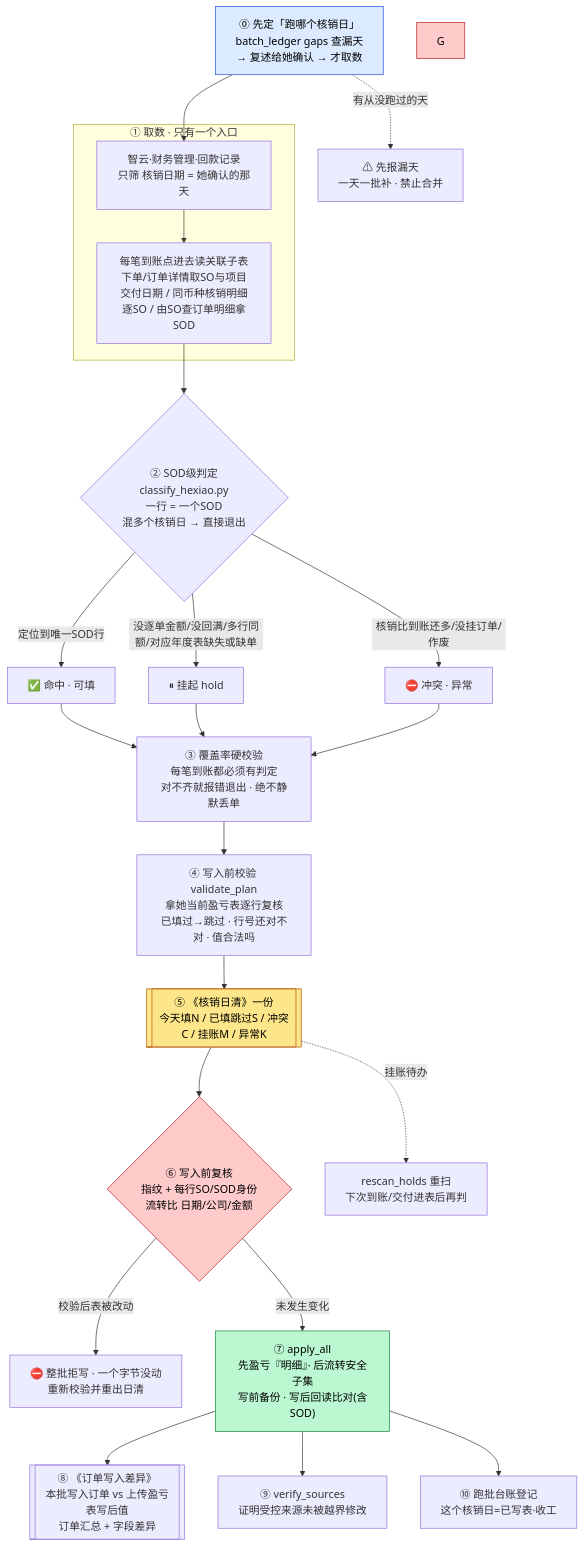
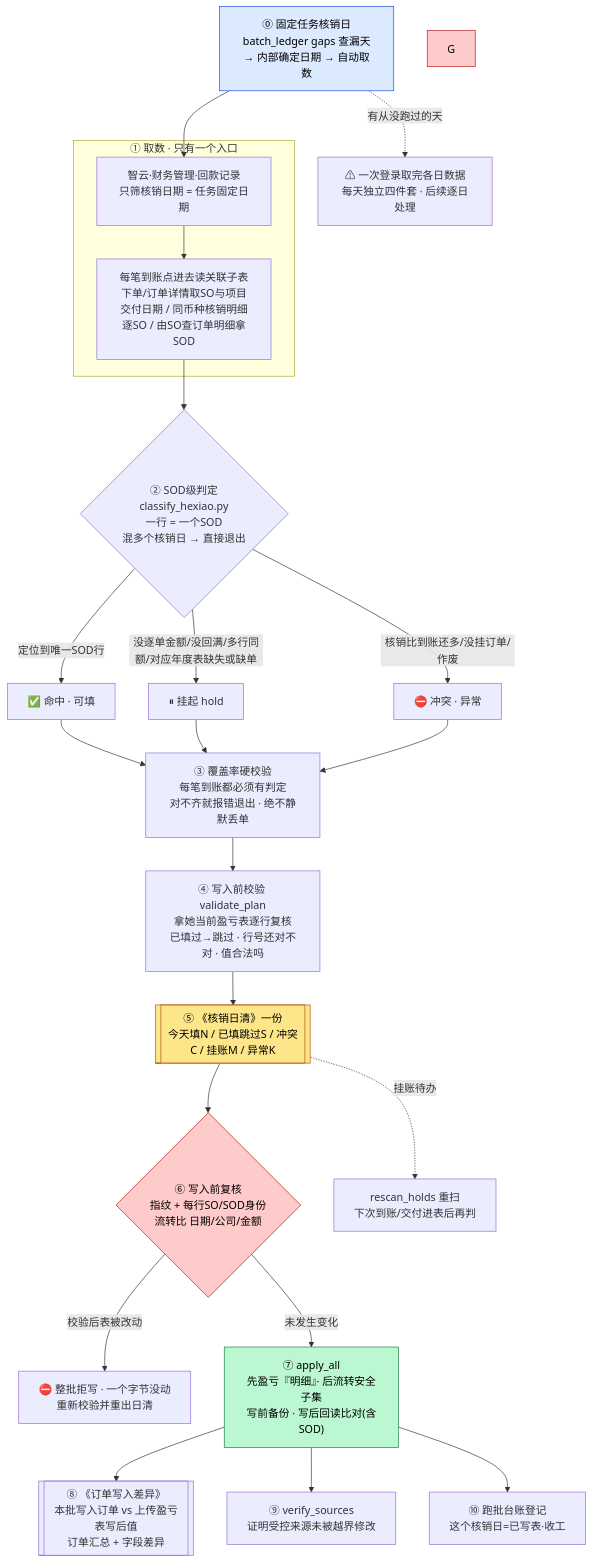
The first of 2 diagrams in skills/ar-hexiao-daily/README.md (EvanLee2004/finance-skills), drawn with Mermaid before and after one commit. The commit also changed other lines of this file and 34 other files, not shown here.

````diff
--- a/skills/ar-hexiao-daily/README.md
+++ b/skills/ar-hexiao-daily/README.md
@@ -63,30 +54,30 @@
 ```mermaid
 flowchart TD
-    D0["⓪ 先定「跑哪个核销日」<br/>batch_ledger gaps 查漏天<br/>→ 复述给她确认 → 才取数"] --> A
-    D0 -.->|"有从没跑过的天"| GAP["⚠ 先报漏天<br/>一天一批补 · 禁止合并"]
+    D0["⓪ 固定任务核销日<br/>batch_ledger gaps 查漏天<br/>→ 内部确定日期 → 自动取数"] --> A
+    D0 -.->|"有从没跑过的天"| GAP["⚠ 一次登录取完各日数据<br/>每天独立四件套 · 后续逐日处理"]
     subgraph 取数["① 取数 · 只有一个入口"]
-        A["智云·财务管理·回款记录<br/>只筛 核销日期 = 她确认的那天"] --> B["每笔到账点进去读关联子表<br/>下单/订单详情取SO与项目交付日期 / 同币种核销明细逐SO / 由SO查订单明细拿SOD"]
+        A["智云·财务管理·回款记录<br/>只筛核销日期 = 任务固定日期"] --> B["每笔到账点进去读关联子表<br/>下单/订单详情取SO与项目交付日期 / 同币种核销明细逐SO / 由SO查订单明细拿SOD"]
     end
     B --> C{"② SOD级判定<br/>classify_hexiao.py<br/>一行 = 一个SOD<br/>混多个核销日 → 直接退出"}
     C -->|"定位到唯一SOD行"| HIT["✅ 命中 · 可填"]
     C -->|"没逐单金额/没回满/多行同额/对应年度表缺失或缺单"| HOLD["⏸ 挂起 hold"]
     C -->|"核销比到账还多/没挂订单/作废"| EXC["⛔ 冲突 · 异常"]
     HIT --> COV
     HOLD --> COV
     EXC --> COV
     COV["③ 覆盖率硬校验<br/>每笔到账都必须有判定<br/>对不齐就报错退出 · 绝不静默丢单"] --> V["④ 写入前校验 validate_plan<br/>拿她当前盈亏表逐行复核<br/>已填过→跳过 · 行号还对不对 · 值合法吗"]
     V --> W[["⑤ 《核销日清》一份<br/>今天填N / 已填跳过S / 冲突C / 挂账M / 异常K"]]
     W --> PRE{"⑥ 写入前复核<br/>指纹 + 每行SO/SOD身份<br/>流转比 日期/公司/金额"}
     PRE -->|"校验后表被改动"| REDO["⛔ 整批拒写 · 一个字节没动<br/>重新校验并重出日清"]
     PRE -->|"未发生变化"| AP["⑦ apply_all<br/>先盈亏『明细』· 后流转安全子集<br/>写前备份 · 写后回读比对(含SOD)"]
     AP --> DIFF[["⑧ 《订单写入差异》<br/>本批写入订单 vs 上传盈亏表写后值<br/>订单汇总 + 字段差异"]]
     AP --> VS["⑨ verify_sources<br/>证明受控来源未被越界修改"]
     AP --> BL["⑩ 跑批台账登记<br/>这个核销日=已写表·收工"]
     W -.->|"挂账待办"| R["rescan_holds 重扫<br/>下次到账/交付进表后再判"]
 
     style D0 fill:#dbeafe,stroke:#1d4ed8,color:#000
     style W fill:#fde68a,stroke:#b45309,color:#000
     style G fill:#fecaca,stroke:#b91c1c,color:#000
     style PRE fill:#fecaca,stroke:#b91c1c,color:#000
     style AP fill:#bbf7d0,stroke:#15803d,color:#000
 ```
````
